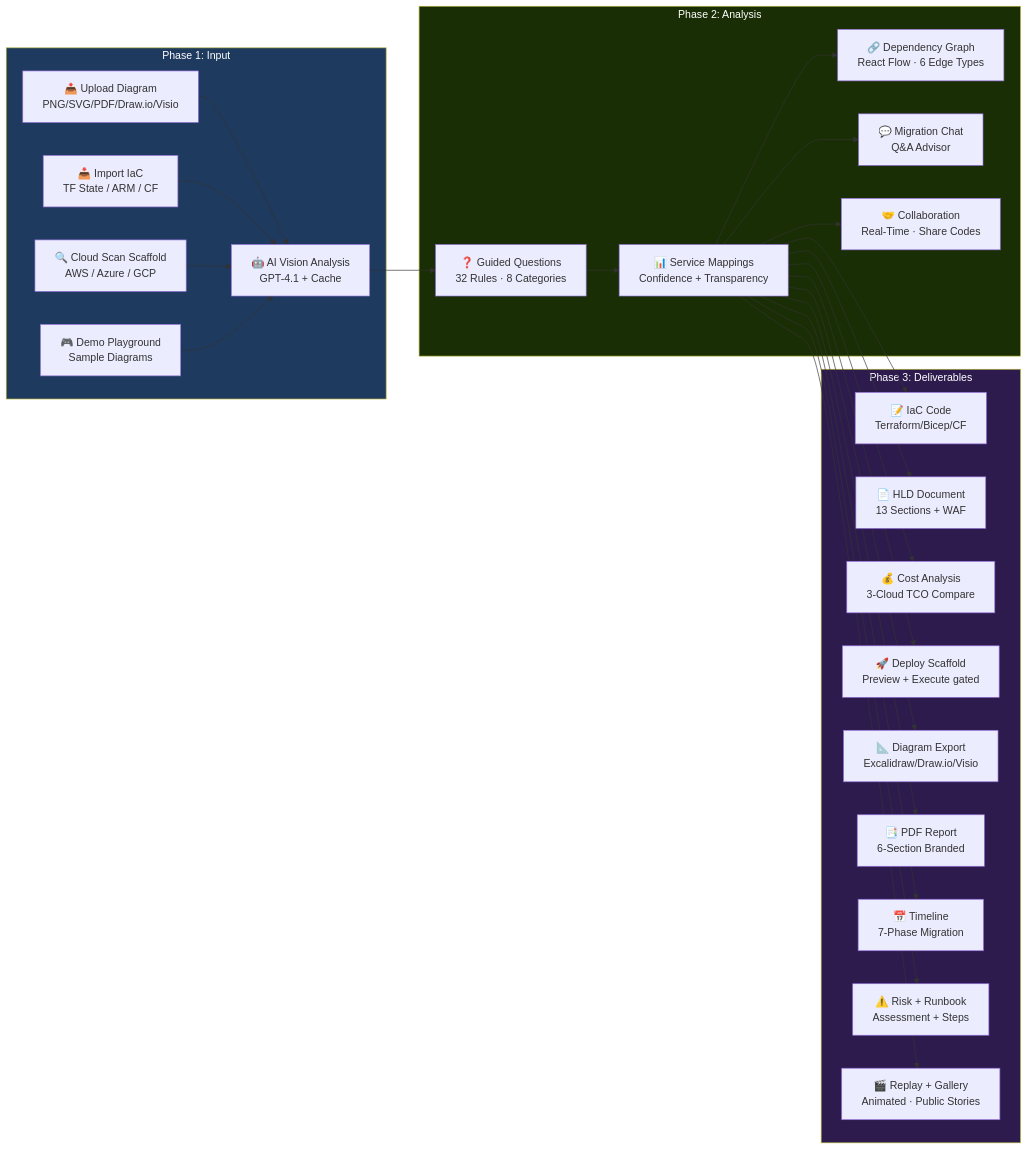
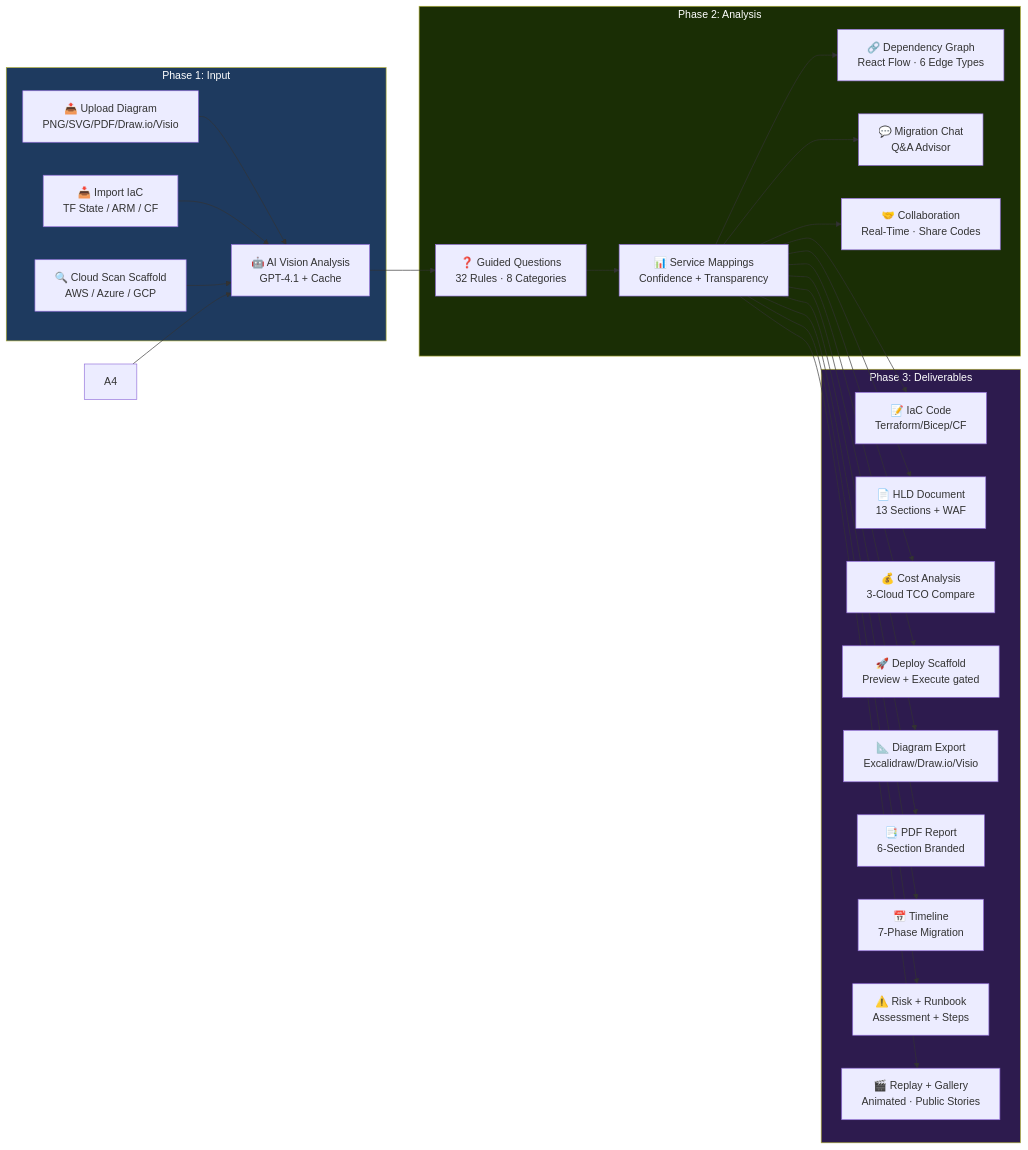
The second of 2 diagrams in README.md (idokatz86/Archmorph), drawn with Mermaid before and after one commit. The commit also changed other lines of this file and 7 other files, not shown here.

````diff
--- a/README.md
+++ b/README.md
@@ -351,52 +408,51 @@
 ```mermaid
 flowchart LR
     subgraph Input["Phase 1: Input"]
         A1[📤 Upload Diagram<br/>PNG/SVG/PDF/Draw.io/Visio]
         A2[📥 Import IaC<br/>TF State / ARM / CF]
         A3[🔍 Cloud Scan Scaffold<br/>AWS / Azure / GCP]
-        A4[🎮 Demo Playground<br/>Sample Diagrams]
         A5[🤖 AI Vision Analysis<br/>GPT-4.1 + Cache]
     end
     
     subgraph Analysis["Phase 2: Analysis"]
         B1[❓ Guided Questions<br/>32 Rules · 8 Categories]
         B2[📊 Service Mappings<br/>Confidence + Transparency]
         B3[🔗 Dependency Graph<br/>React Flow · 6 Edge Types]
         B4[💬 Migration Chat<br/>Q&A Advisor]
         B5[🤝 Collaboration<br/>Real-Time · Share Codes]
     end
     
     subgraph Deliverables["Phase 3: Deliverables"]
         C1[📝 IaC Code<br/>Terraform/Bicep/CF]
         C2[📄 HLD Document<br/>13 Sections + WAF]
         C3[💰 Cost Analysis<br/>3-Cloud TCO Compare]
         C4[🚀 Deploy Scaffold<br/>Preview + Execute gated]
         C5[📐 Diagram Export<br/>Excalidraw/Draw.io/Visio]
         C6[📑 PDF Report<br/>6-Section Branded]
         C7[📅 Timeline<br/>7-Phase Migration]
         C8[⚠️ Risk + Runbook<br/>Assessment + Steps]
         C9[🎬 Replay + Gallery<br/>Animated · Public Stories]
     end
     
     A1 --> A5
     A2 --> A5
     A3 --> A5
     A4 --> A5
     A5 --> B1 --> B2
     B2 --> B3
     B2 --> B4
     B2 --> B5
     B2 --> C1
     B2 --> C2
     B2 --> C3
     B2 --> C4
     B2 --> C5
     B2 --> C6
     B2 --> C7
     B2 --> C8
     B2 --> C9
     
     style Input fill:#1e3a5f,color:#fff
     style Analysis fill:#1a2e05,color:#fff
     style Deliverables fill:#2d1b4e,color:#fff
 ```
````
